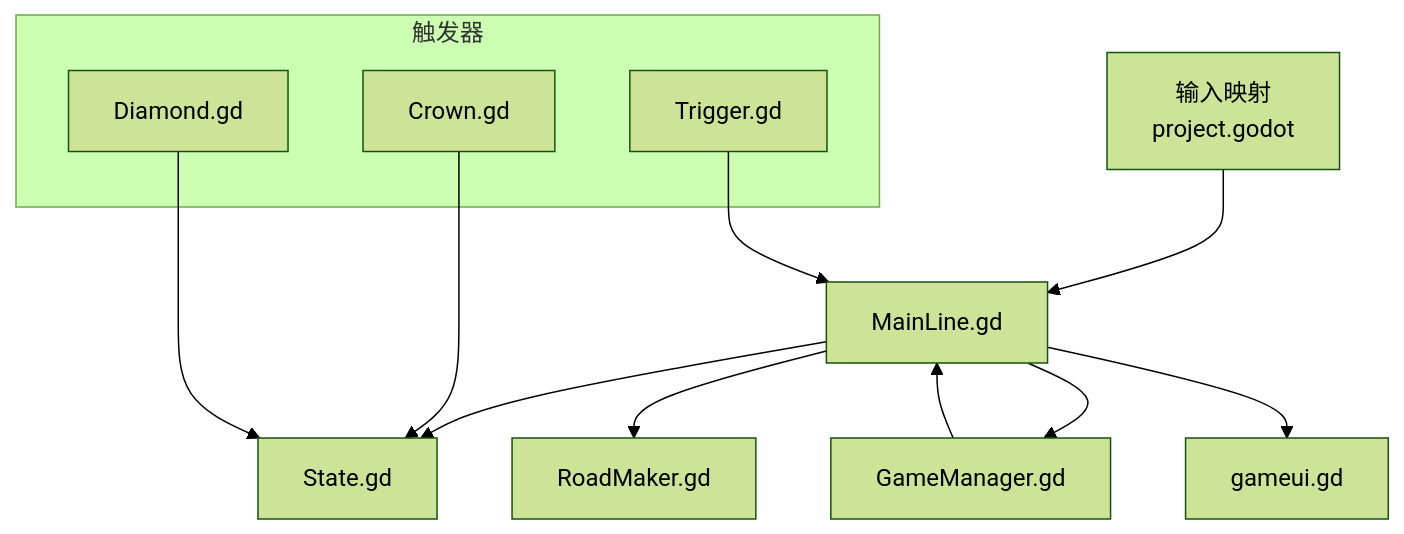
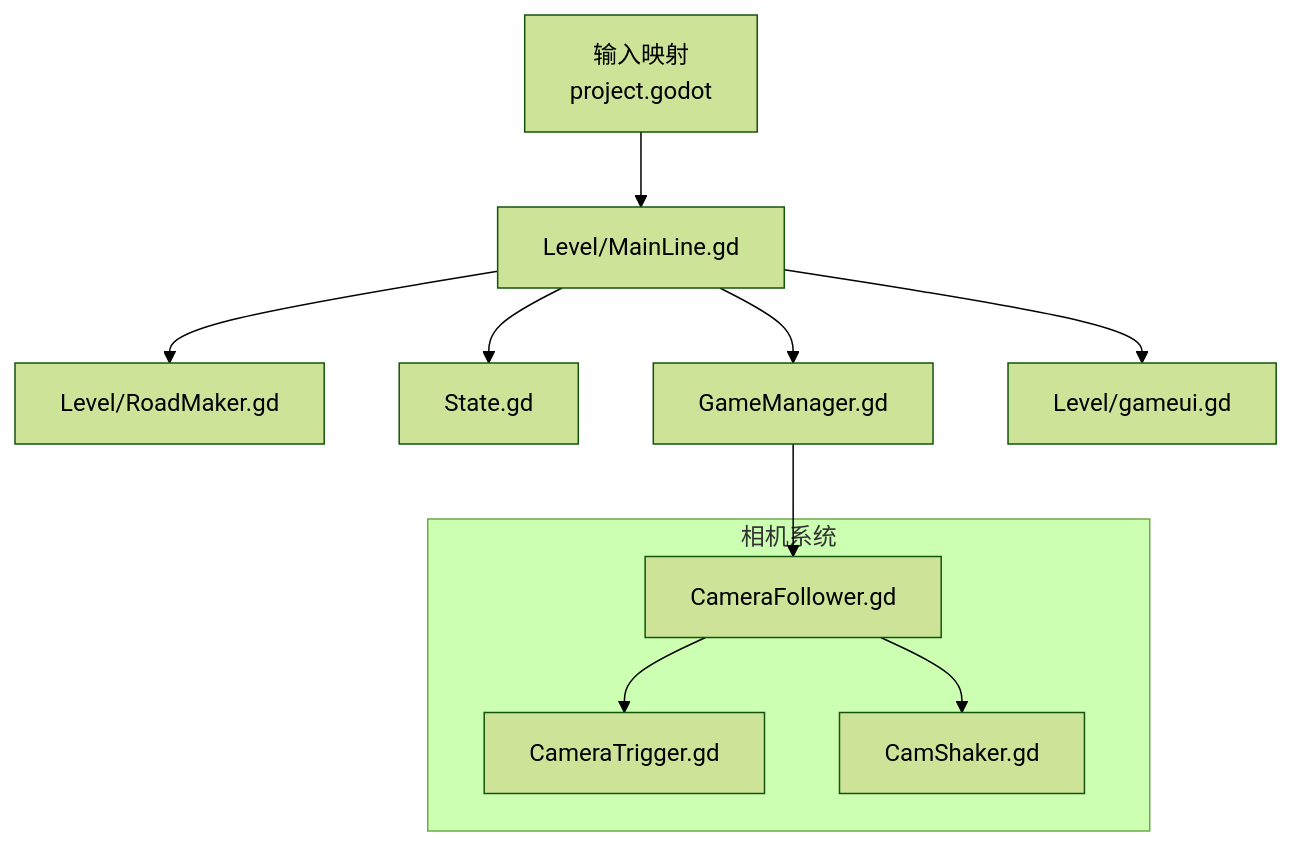
One commit to godotline/godot-line changed the second of 13 diagrams in .qoder/repowiki/zh/content/模板系统/示例场景.md. Above: the diagram before and after it, drawn with Mermaid (forest theme). The commit also changed other lines of this file and 10 other files, not shown here.

````diff
--- a/.qoder/repowiki/zh/content/模板系统/示例场景.md
+++ b/.qoder/repowiki/zh/content/模板系统/示例场景.md
@@ -128,17 +148,16 @@
 ```mermaid
 graph TB
-Input["输入映射<br/>project.godot"] --> ML["MainLine.gd"]
-ML --> RM["RoadMaker.gd"]
+Input["输入映射<br/>project.godot"] --> ML["Level/MainLine.gd"]
+ML --> RM["Level/RoadMaker.gd"]
 ML --> ST["State.gd"]
 ML --> GM["GameManager.gd"]
-ML --> UI["gameui.gd"]
-subgraph "触发器"
-CR["Crown.gd"]
-DM["Diamond.gd"]
-TR["Trigger.gd"]
+ML --> UI["Level/gameui.gd"]
+subgraph "相机系统"
+CF["CameraFollower.gd"]
+CT["CameraTrigger.gd"]
+CS["CamShaker.gd"]
 end
-CR --> ST
-DM --> ST
-TR --> ML
-GM --> ML
+CF --> CT
+CF --> CS
+GM --> CF
 ```
````
